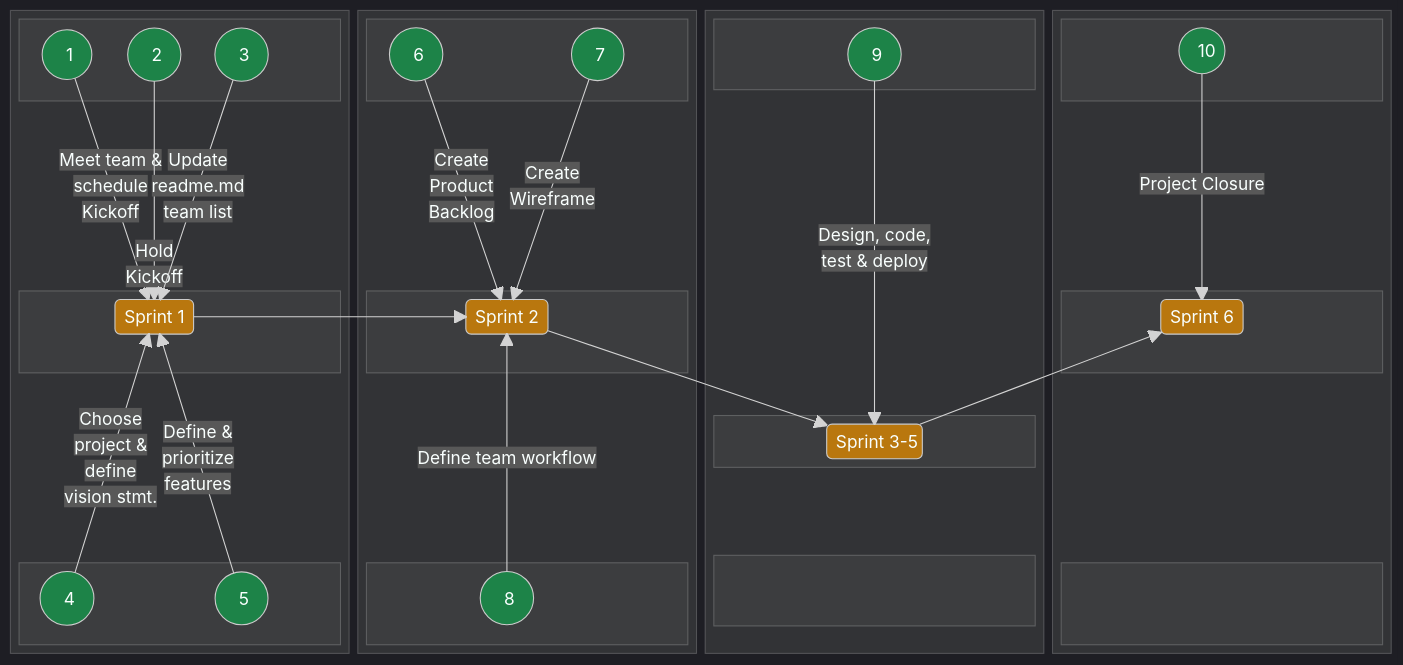
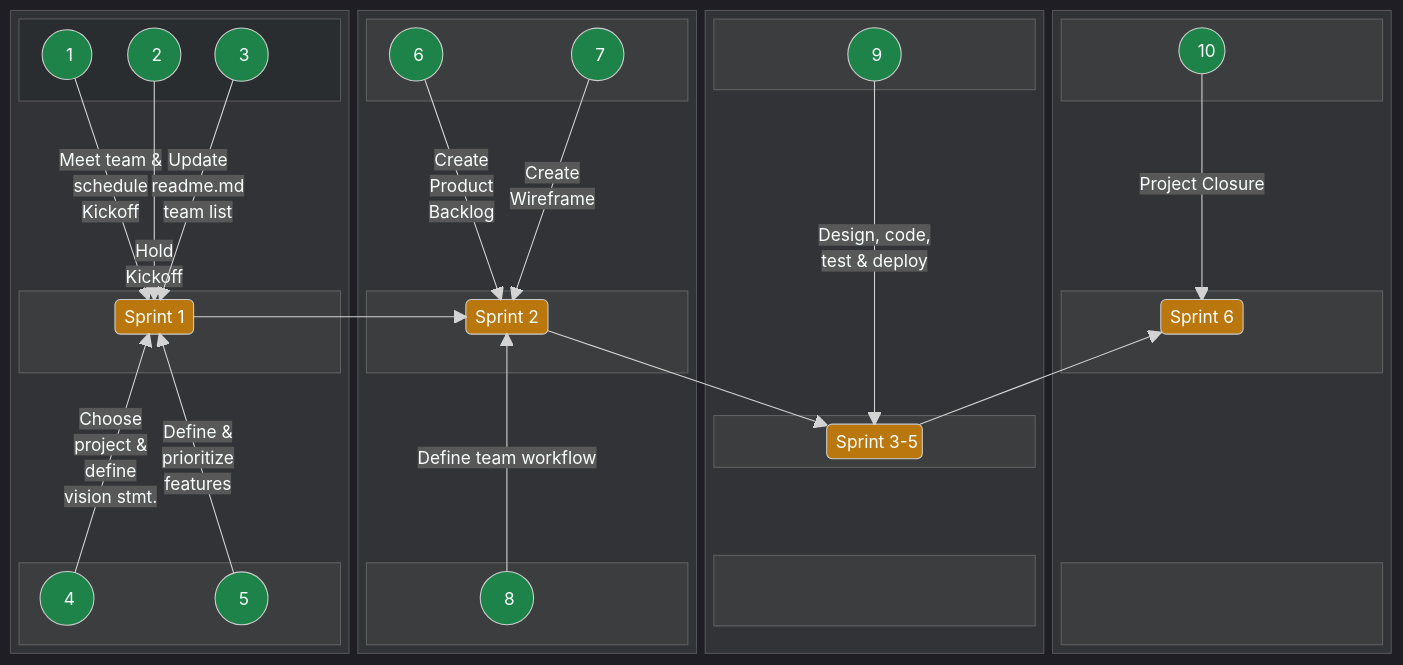
One commit to jdmedlock/mermaid_testing changed the second of 2 diagrams in README.md. Above: the diagram before and after it, drawn with Mermaid.

Commit message:
Feature: Experiment with horizontal block diagram layout

```diff
--- a/README.md
+++ b/README.md
@@ -218,7 +218,7 @@
     SPRINT2 --> SPRINTS35
     SPRINTS35 --> SPRINT6
 
-    style B1TOP fill:292d30
+    style B1TOP fill:#292d30
 
     style A1 fill:#1d8348
     style A2 fill:#1d8348
```
